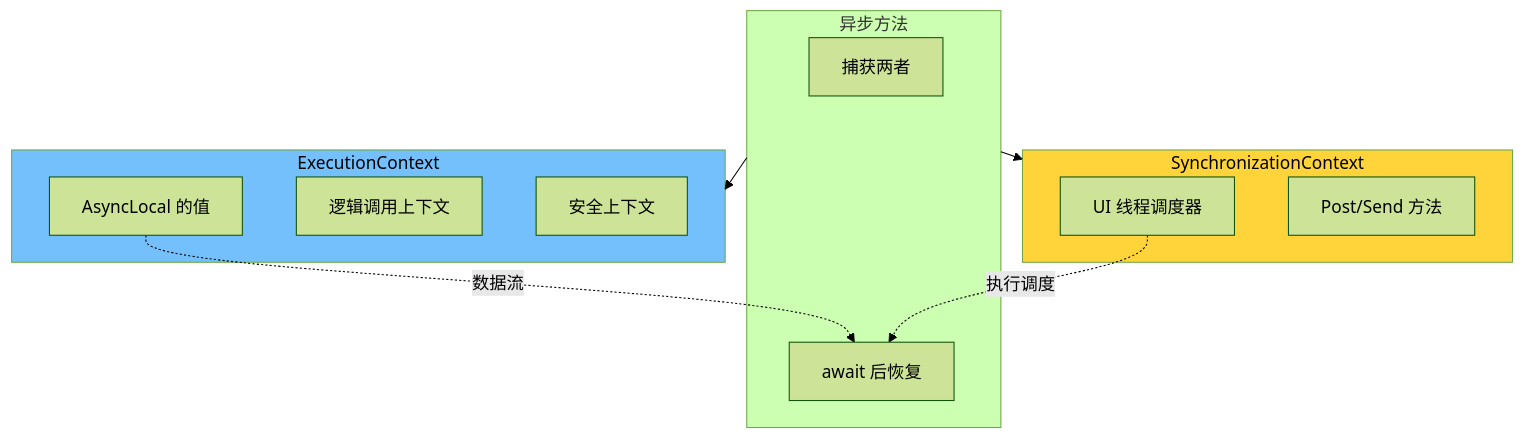
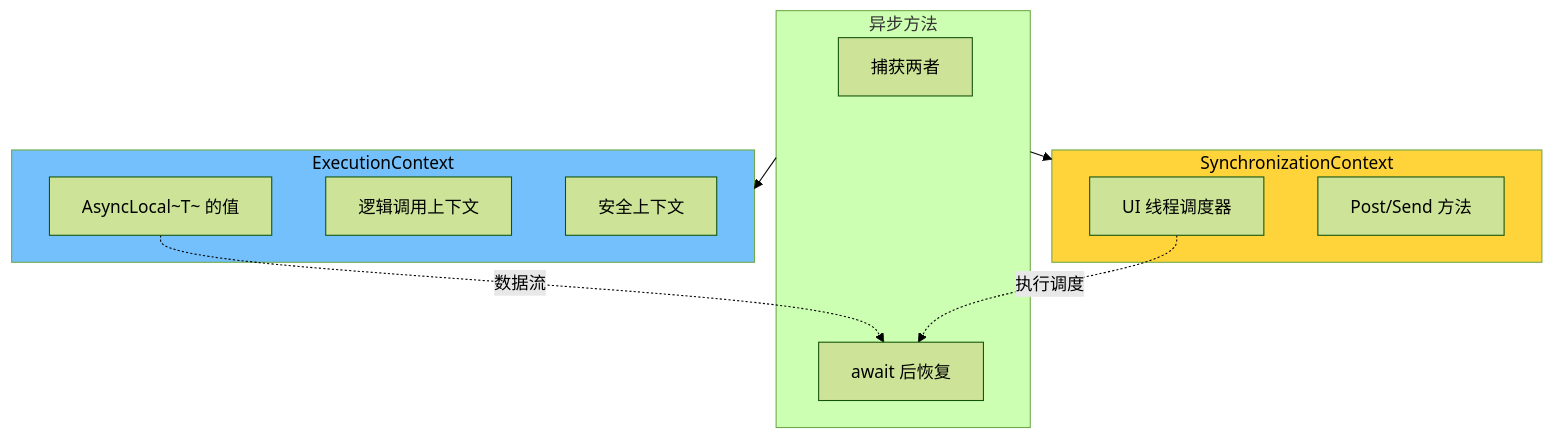
The ninth of 11 diagrams in src/后端开发/CSharp/CLR深度/07_异步编程原理/03_SynchronizationContext与ValueTask.md (moklgydocs/moklgydocs.github.io), drawn with Mermaid (forest theme) before and after one commit. The commit also changed other lines of this file and 32 other files, not shown here.

````diff
--- a/src/后端开发/CSharp/CLR深度/07_异步编程原理/03_SynchronizationContext与ValueTask.md
+++ b/src/后端开发/CSharp/CLR深度/07_异步编程原理/03_SynchronizationContext与ValueTask.md
@@ -1750,27 +1750,27 @@
 ```mermaid
 graph TD
     subgraph ExecutionContext["ExecutionContext"]
-        EC1["AsyncLocal<T> 的值"]
+        EC1["AsyncLocal~T~ 的值"]
         EC2["逻辑调用上下文"]
         EC3["安全上下文"]
     end
 
     subgraph SynchronizationContext["SynchronizationContext"]
         SC1["UI 线程调度器"]
         SC2["Post/Send 方法"]
     end
 
     subgraph AsyncMethod["异步方法"]
         AM1["捕获两者"]
         AM2["await 后恢复"]
     end
 
     AsyncMethod --> ExecutionContext
     AsyncMethod --> SynchronizationContext
 
     EC1 -.->|数据流| AM2
     SC1 -.->|执行调度| AM2
 
     style ExecutionContext fill:#74c0fc,color:#000
     style SynchronizationContext fill:#ffd43b,color:#000
 ```
````
